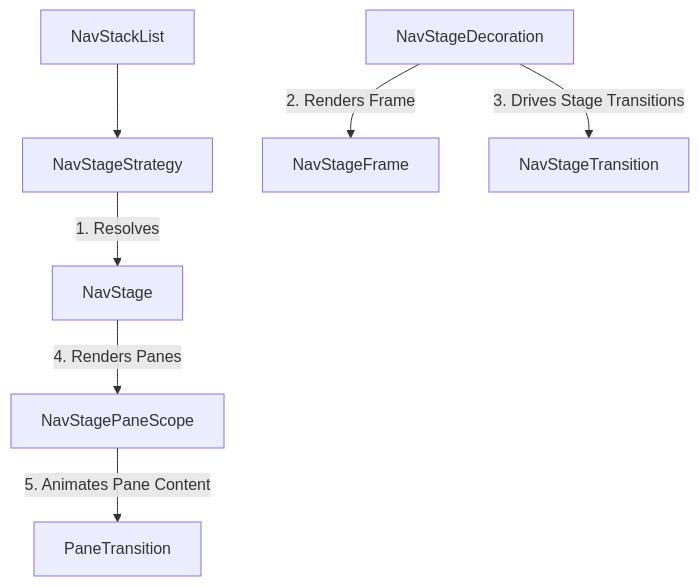
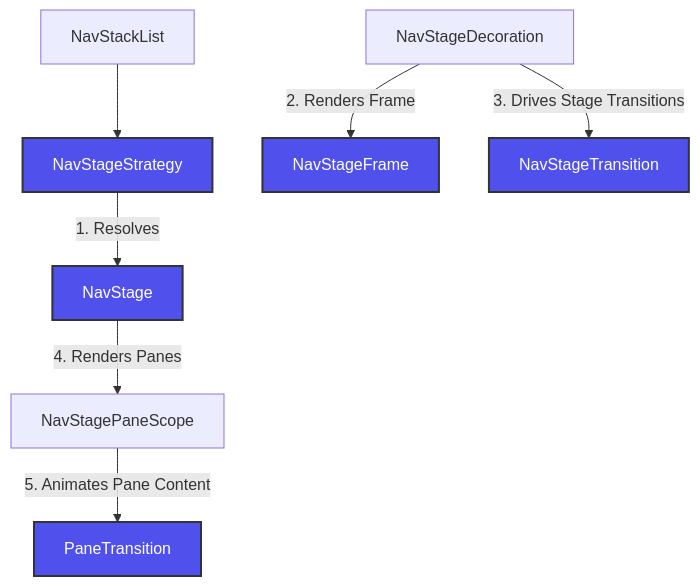
One commit to slackhq/circuit changed the first of 2 diagrams in circuitx/nav-stage/README.md. Above: the diagram before and after it, drawn with Mermaid. The commit also changed other lines of this file and 9 other files, not shown here.

Commit message:
Pass Navigator explicitly in NavStageTransition and optimize SinglePaneNavStage allocations

````diff
--- a/circuitx/nav-stage/README.md
+++ b/circuitx/nav-stage/README.md
@@ -11,9 +17,14 @@
 ```mermaid
 graph TD
+    classDef main fill:#5050EC,stroke:#333,stroke-width:2px,color:#fff;
+    classDef detail fill:#F5F5FA,stroke:#333,stroke-width:1px,color:#000;
+
     NavStackList --> NavStageStrategy
     NavStageStrategy -->|1. Resolves| NavStage
     NavStageDecoration -->|2. Renders Frame| NavStageFrame
     NavStageDecoration -->|3. Drives Stage Transitions| NavStageTransition
     NavStage -->|4. Renders Panes| NavStagePaneScope
     NavStagePaneScope -->|5. Animates Pane Content| PaneTransition
+
+    class NavStageStrategy,NavStage,NavStageFrame,NavStageTransition,PaneTransition main;
 ```
````
